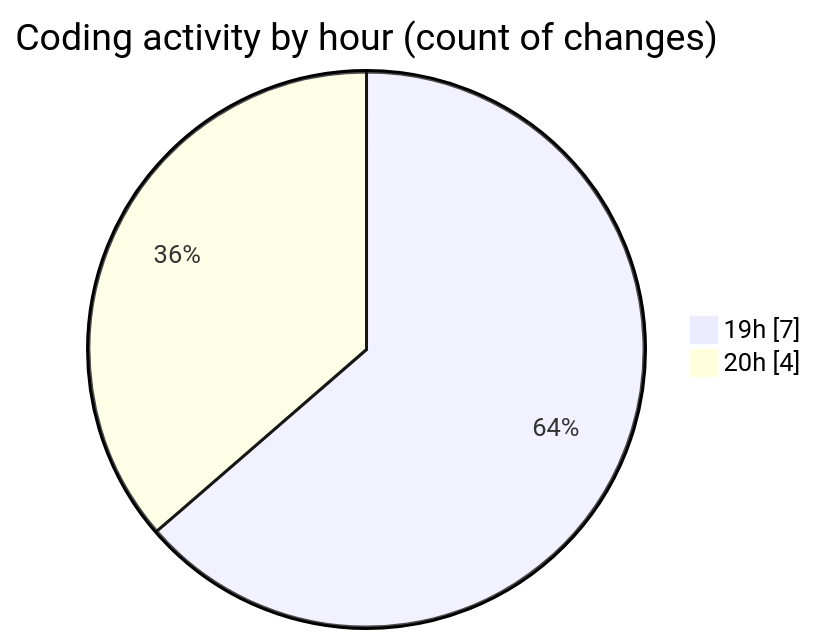
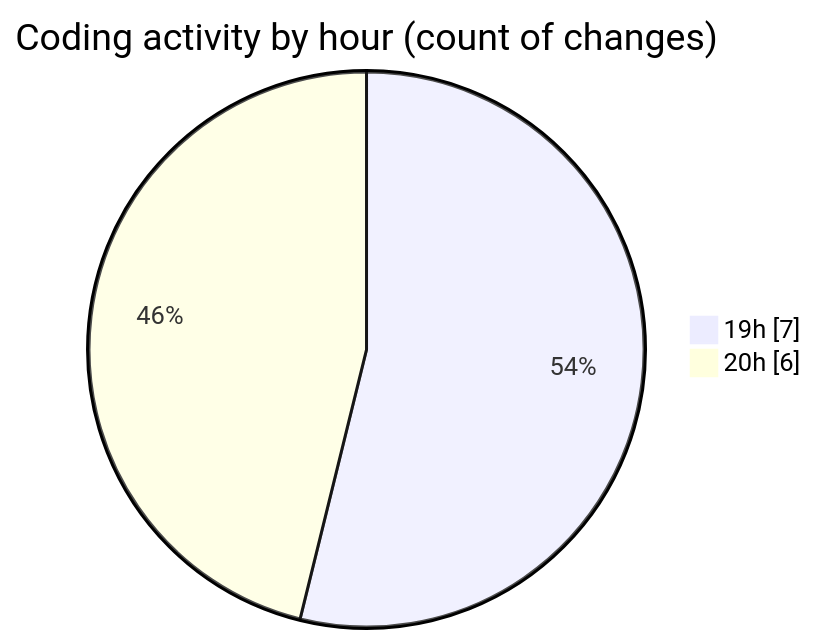
Before and after one commit to EIIisD/code-tracking: the second of 2 diagrams in 2025-07-10/fish/README.md, drawn with Mermaid. The commit also changed other lines of this file and 1 other file, not shown here.

````diff
--- a/2025-07-10/fish/README.md
+++ b/2025-07-10/fish/README.md
@@ -34,6 +34,6 @@
 ```mermaid
 pie showData
 title Coding activity by hour (count of changes)
 "19h" : 7
-"20h" : 4
+"20h" : 6
 ```
````
